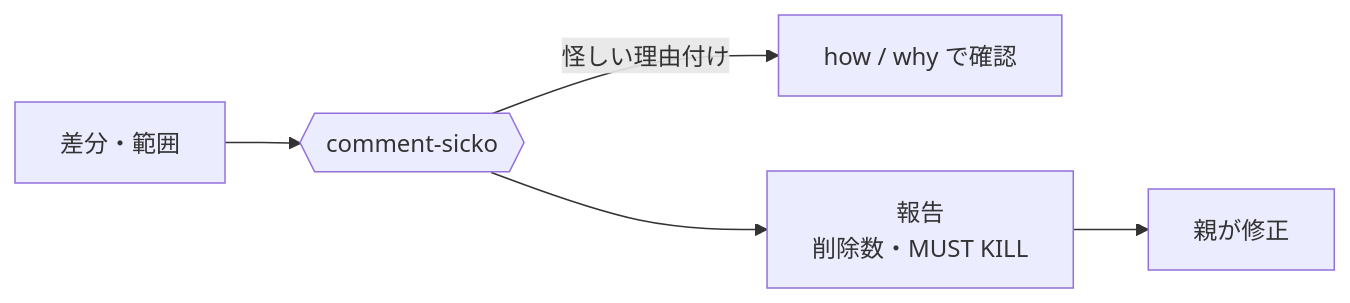
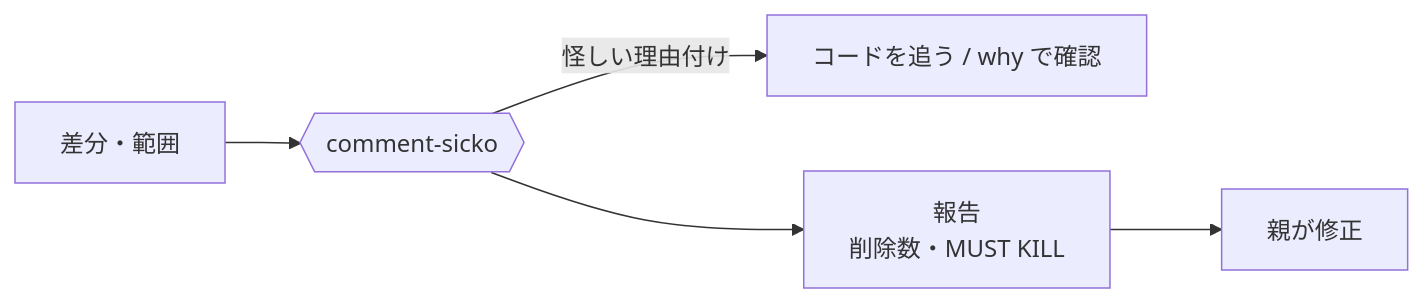
Before and after one commit to souljazzfunk/lab: the tenth of 12 diagrams in pstack-cc/docs/skill-map.ja.md, drawn with Mermaid. The commit also changed other lines of this file and 116 other files, not shown here.

First line of the commit message:
pstack: 上流 bf0c7cd に追従し、新しい既定モデルと how/why の簡素化に合わせる (#83)

````diff
--- a/pstack-cc/docs/skill-map.ja.md
+++ b/pstack-cc/docs/skill-map.ja.md
@@ -191,7 +183,7 @@
 ```mermaid
 flowchart LR
   A[差分・範囲] --> B{{comment-sicko}}
-  B -->|怪しい理由付け| H[how / why で確認]
+  B -->|怪しい理由付け| H[コードを追う / why で確認]
   B --> R["報告<br/>削除数・MUST KILL"]
   R --> F[親が修正]
 ```
````
